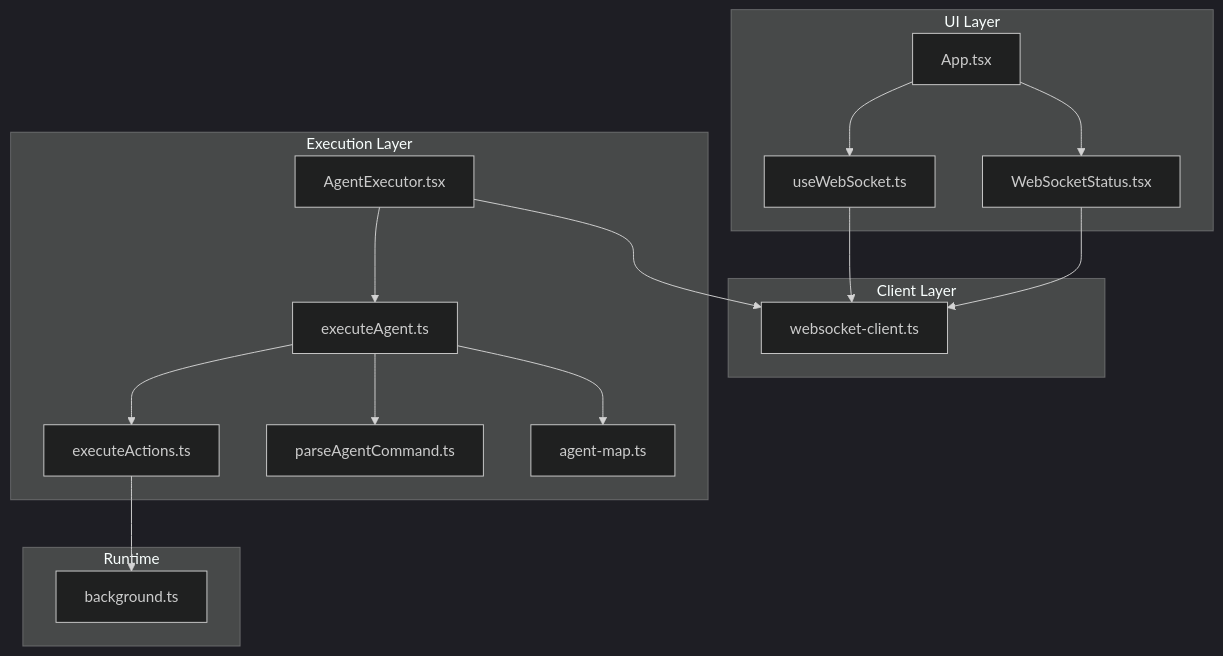
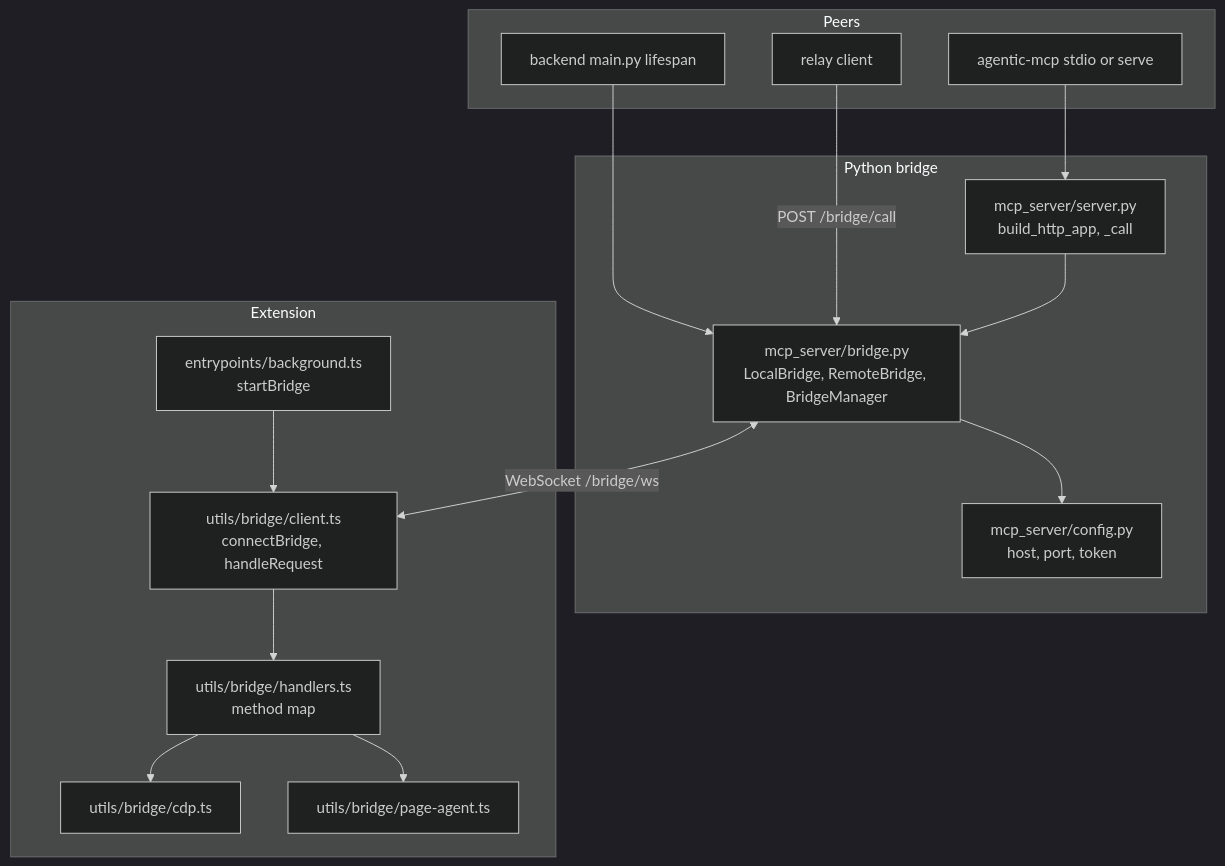
The first of 6 diagrams in src/data/docs/agentic-browser/Browser Extension/WebSocket Communication.md (tashifkhan/tashif.codes), drawn with Mermaid (dark theme) before and after one commit. The commit also changed other lines of this file and 114 other files, not shown here.

````diff
--- a/src/data/docs/agentic-browser/Browser Extension/WebSocket Communication.md
+++ b/src/data/docs/agentic-browser/Browser Extension/WebSocket Communication.md
@@ -12,31 +19,30 @@
 ```mermaid
 graph TB
-subgraph "UI Layer"
-Hook["useWebSocket.ts"]
-Status["WebSocketStatus.tsx"]
-App["App.tsx"]
-end
-subgraph "Client Layer"
-Client["websocket-client.ts"]
-end
-subgraph "Execution Layer"
-AgentExec["AgentExecutor.tsx"]
-ExecAgent["executeAgent.ts"]
-ExecActions["executeActions.ts"]
-ParseCmd["parseAgentCommand.ts"]
-AgentMap["agent-map.ts"]
-end
-subgraph "Runtime"
-BG["background.ts"]
-end
-App --> Hook
-App --> Status
-Hook --> Client
-Status --> Client
-AgentExec --> Client
-AgentExec --> ExecAgent
-ExecAgent --> AgentMap
-ExecAgent --> ParseCmd
-ExecAgent --> ExecActions
-ExecActions --> BG
+  subgraph Python["Python bridge"]
+    BR["mcp_server/bridge.py<br/>LocalBridge, RemoteBridge, BridgeManager"]
+    CFG["mcp_server/config.py<br/>host, port, token"]
+    SRV["mcp_server/server.py<br/>build_http_app, _call"]
+  end
+  subgraph Extension["Extension"]
+    BG["entrypoints/background.ts<br/>startBridge"]
+    CL["utils/bridge/client.ts<br/>connectBridge, handleRequest"]
+    HD["utils/bridge/handlers.ts<br/>method map"]
+    CDP["utils/bridge/cdp.ts"]
+    PA["utils/bridge/page-agent.ts"]
+  end
+  subgraph Peer["Peers"]
+    MCP["agentic-mcp stdio or serve"]
+    BACK["backend main.py lifespan"]
+    OTHER["relay client"]
+  end
+  MCP --> SRV
+  BACK --> BR
+  OTHER -->|"POST /bridge/call"| BR
+  SRV --> BR
+  BR --> CFG
+  BR <-->|"WebSocket /bridge/ws"| CL
+  BG --> CL
+  CL --> HD
+  HD --> CDP
+  HD --> PA
 ```
````
